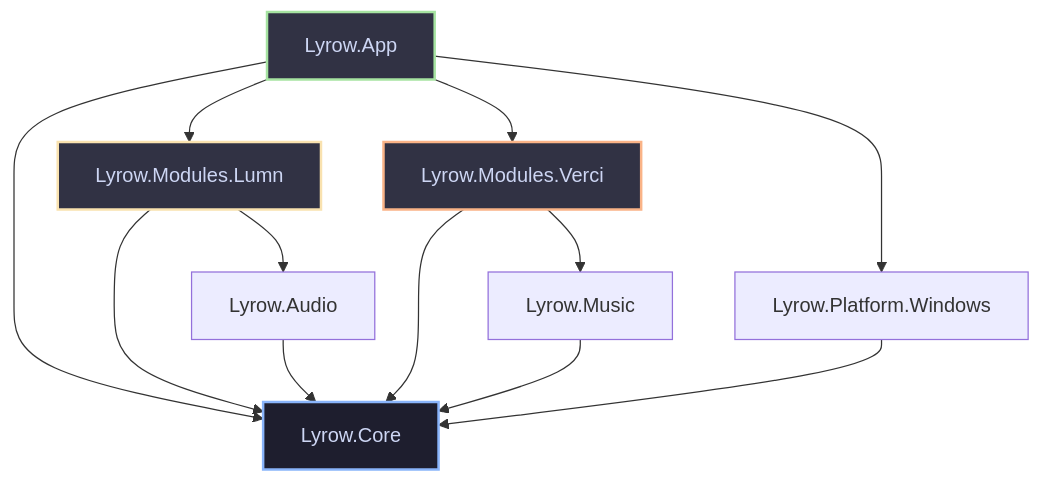
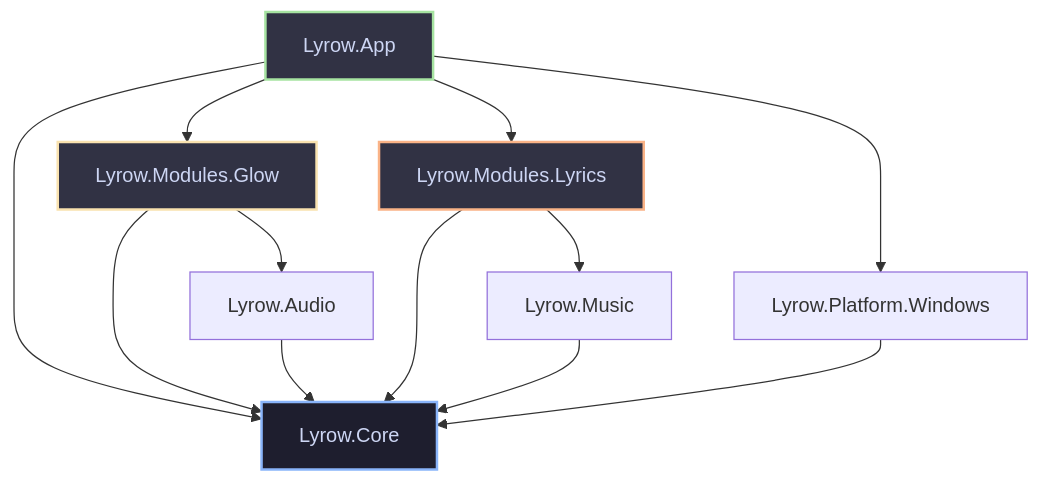
The first of 3 diagrams in docs/ARCHITECTURE.md (owergungor/Lyrow), drawn with Mermaid before and after one commit. The commit also changed other lines of this file and 59 other files, not shown here.

Commit message:
feat(v2.4): Modern ambient music, Apple Music motion lyrics, system tray, in-app updater and complete legacy name purge

````diff
--- a/docs/ARCHITECTURE.md
+++ b/docs/ARCHITECTURE.md
@@ -64,22 +64,22 @@
 ```mermaid
 graph TD
     App[Lyrow.App] --> Core[Lyrow.Core]
-    App --> Lumn[Lyrow.Modules.Lumn]
-    App --> Verci[Lyrow.Modules.Verci]
+    App --> Glow[Lyrow.Modules.Glow]
+    App --> Lyrics[Lyrow.Modules.Lyrics]
     App --> WinPlatform[Lyrow.Platform.Windows]
 
-    Lumn --> Core
-    Lumn --> Audio[Lyrow.Audio]
+    Glow --> Core
+    Glow --> Audio[Lyrow.Audio]
     
-    Verci --> Core
-    Verci --> Music[Lyrow.Music]
+    Lyrics --> Core
+    Lyrics --> Music[Lyrow.Music]
     
     Audio --> Core
     Music --> Core
     WinPlatform --> Core
 
     style Core fill:#1e1e2e,stroke:#89b4fa,stroke-width:2px,color:#cdd6f4
     style App fill:#313244,stroke:#a6e3a1,stroke-width:2px,color:#cdd6f4
-    style Lumn fill:#313244,stroke:#f9e2af,stroke-width:2px,color:#cdd6f4
-    style Verci fill:#313244,stroke:#fab387,stroke-width:2px,color:#cdd6f4
+    style Glow fill:#313244,stroke:#f9e2af,stroke-width:2px,color:#cdd6f4
+    style Lyrics fill:#313244,stroke:#fab387,stroke-width:2px,color:#cdd6f4
 ```
````
